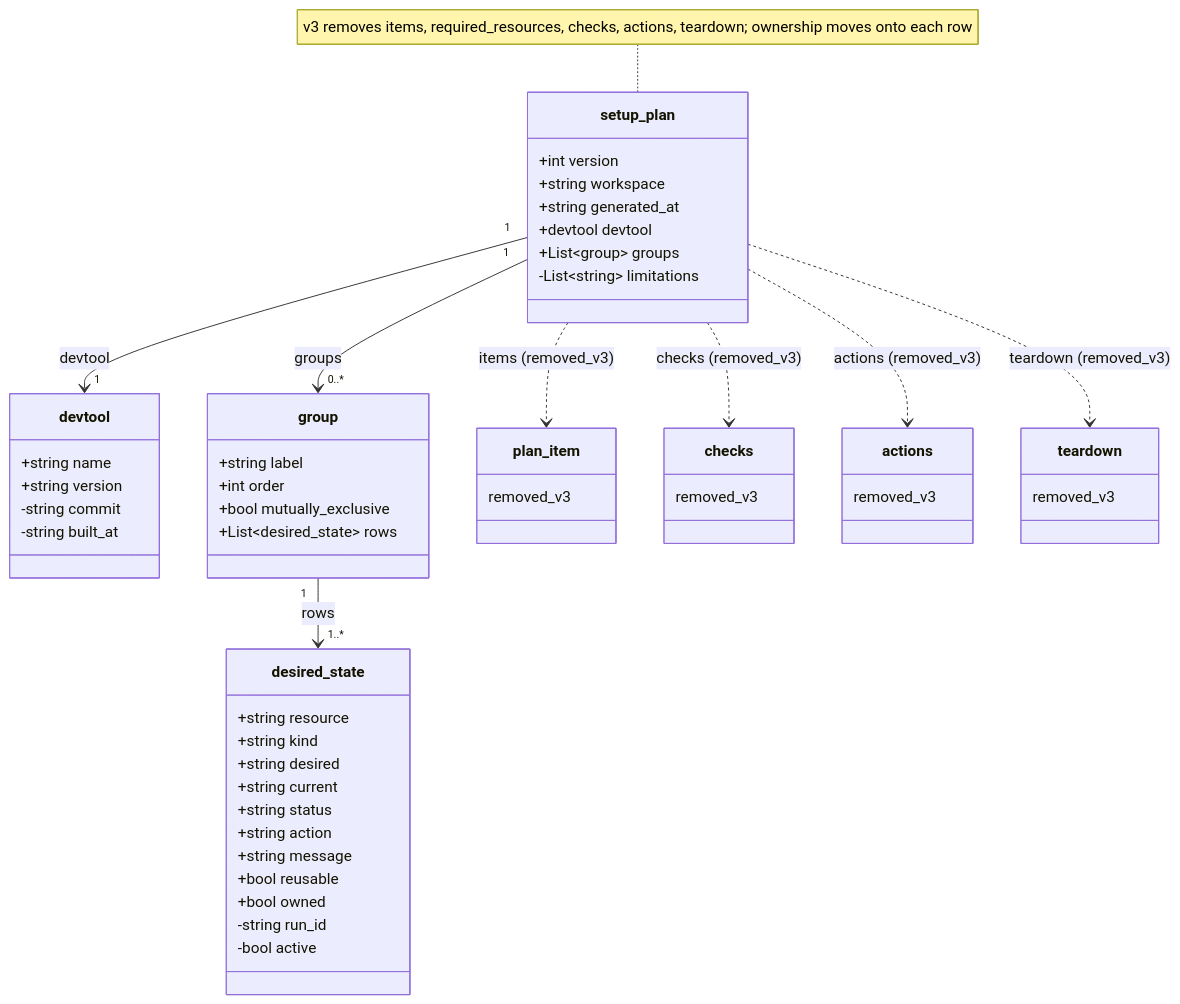
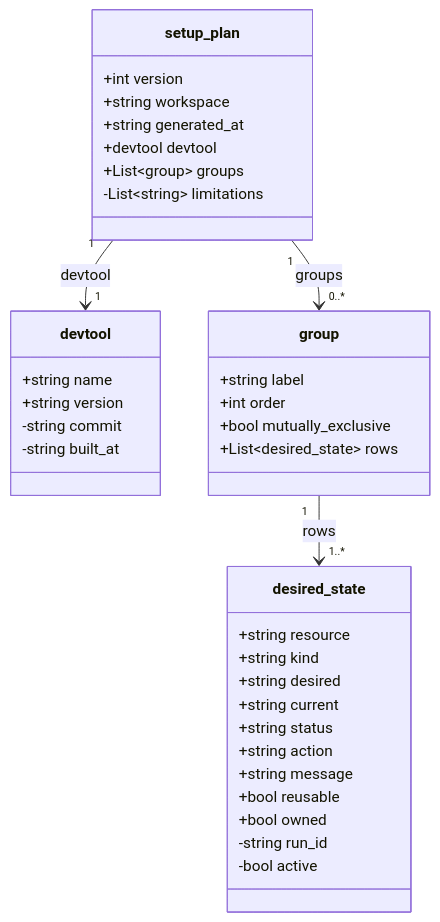
The third of 5 diagrams in docs/wire-schema.md (david-aggeler/keel), drawn with Mermaid before and after one commit. The commit also changed other lines of this file, not shown here.

Commit message:
docs: render setup-plan diagram on older mermaid
The setup-plan classDiagram used parentheses in relationship labels and a
note-with-semicolon; in classDiagram grammar `()` denotes a method, so the
Mermaid bundled in editor extensions (older than the CLI's 11.x) rejected
the whole block while the other four rendered. Drop the residue classes and
labelled dependency edges from the diagram — it now shows only the live
setup_plan/group/desired_state model — and list the v3-removed fields in
prose beneath it instead.

Claude-Session: https://claude.ai/code/session_01DHVa6ESwdasbpZ5dZhFZcX

````diff
--- a/docs/wire-schema.md
+++ b/docs/wire-schema.md
@@ -84,56 +84,39 @@
 ```mermaid
 classDiagram
     class setup_plan {
         +int version
         +string workspace
         +string generated_at
         +devtool devtool
         +List~group~ groups
         -List~string~ limitations
     }
     class devtool {
         +string name
         +string version
         -string commit
         -string built_at
     }
     class group {
         +string label
         +int order
         +bool mutually_exclusive
         +List~desired_state~ rows
     }
     class desired_state {
         +string resource
         +string kind
         +string desired
         +string current
         +string status
         +string action
         +string message
         +bool reusable
         +bool owned
         -string run_id
         -bool active
     }
-    class plan_item {
-        removed_v3
-    }
-    class checks {
-        removed_v3
-    }
-    class actions {
-        removed_v3
-    }
-    class teardown {
-        removed_v3
-    }
     setup_plan "1" --> "1" devtool : devtool
     setup_plan "1" --> "0..*" group : groups
     group "1" --> "1..*" desired_state : rows
-    setup_plan ..> plan_item : items (removed_v3)
-    setup_plan ..> checks : checks (removed_v3)
-    setup_plan ..> actions : actions (removed_v3)
-    setup_plan ..> teardown : teardown (removed_v3)
-    note for setup_plan "v3 removes items, required_resources, checks, actions, teardown; ownership moves onto each row"
 ```
````
